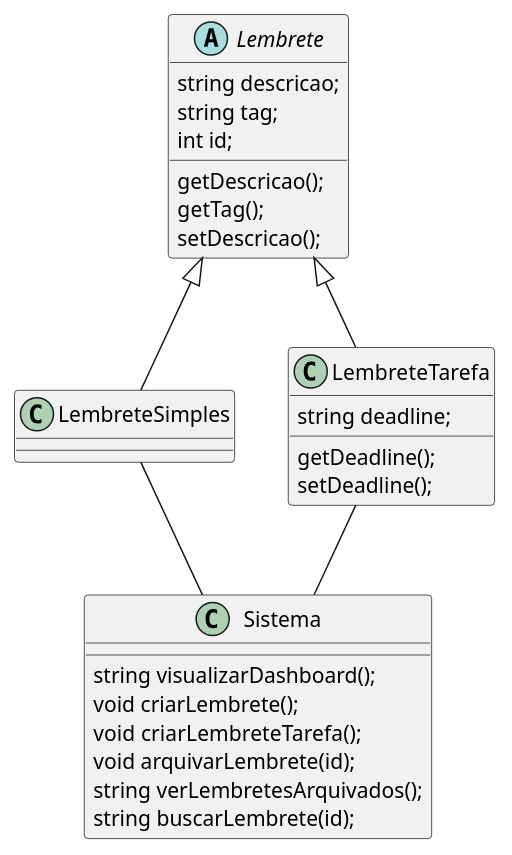
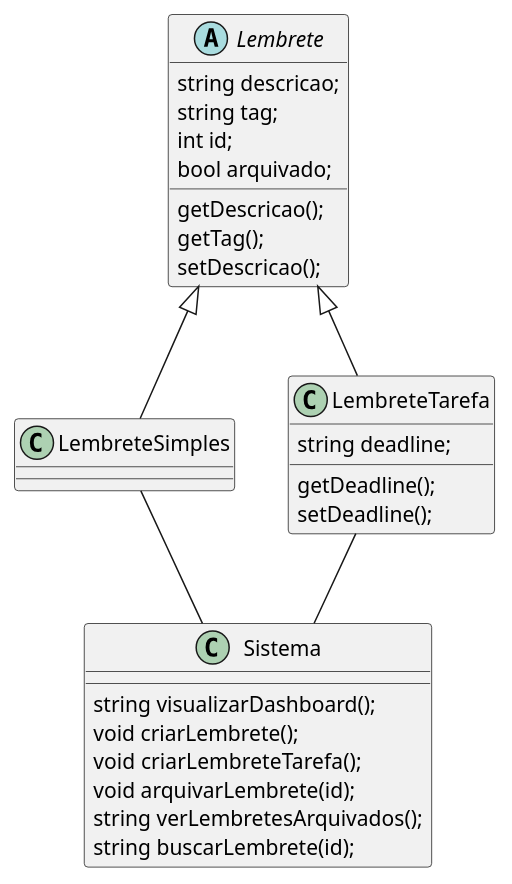
Before and after one commit to Ewerton-Leonardo/SistemaDeLembrete: the diagram in Sistema.puml, drawn with PlantUML. The commit also changed 1 other file, not shown here.

```diff
--- a/Sistema.puml
+++ b/Sistema.puml
@@ -1,36 +1,37 @@
 @startuml
 
 abstract class Lembrete{
     string descricao;
     string tag;
     int id;
+    bool arquivado;
 
 
     getDescricao();
     getTag();
     setDescricao();
 }
 
 class LembreteSimples extends Lembrete{
 }
 
 class LembreteTarefa extends Lembrete{
     string deadline;
 
     getDeadline();
     setDeadline();
 }
 
 class Sistema{
     string visualizarDashboard();
     void criarLembrete();
     void criarLembreteTarefa();
     void arquivarLembrete(id);
     string verLembretesArquivados();
     string buscarLembrete(id);
     }
 
 LembreteSimples -- Sistema
 LembreteTarefa -- Sistema
 
 @enduml
```
